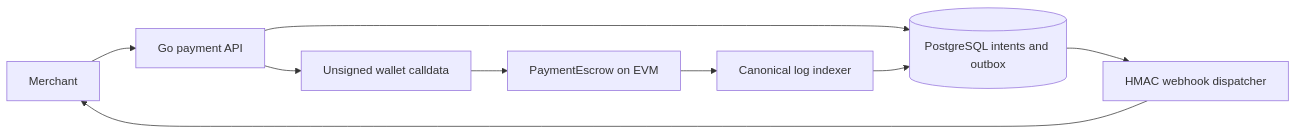
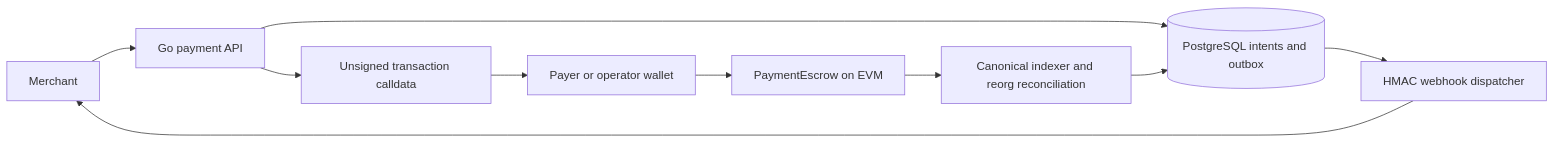
The diagram in README.md (demo-lenoir/SettleKit), drawn with Mermaid before and after one commit. The commit also changed other lines of this file and 2 other files, not shown here.

Commit message:
Clarify wallet signing flow and repair documentation link

````diff
--- a/README.md
+++ b/README.md
@@ -9,11 +9,12 @@
 ```mermaid
 flowchart LR
   M[Merchant] --> API[Go payment API]
   API --> DB[(PostgreSQL intents and outbox)]
-  API --> W[Unsigned wallet calldata]
+  API --> U[Unsigned transaction calldata]
+  U --> W[Payer or operator wallet]
   W --> C[PaymentEscrow on EVM]
-  C --> I[Canonical log indexer]
+  C --> I[Canonical indexer and reorg reconciliation]
   I --> DB
   DB --> H[HMAC webhook dispatcher]
   H --> M
 ```
````
